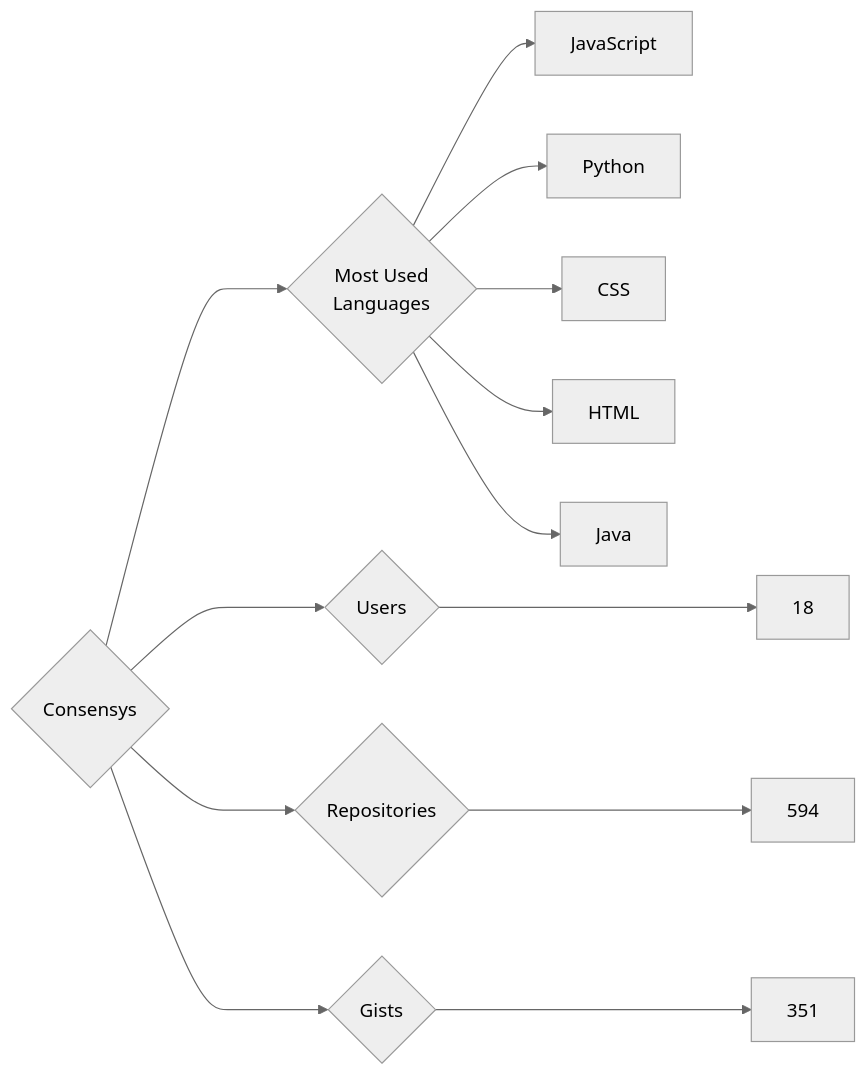
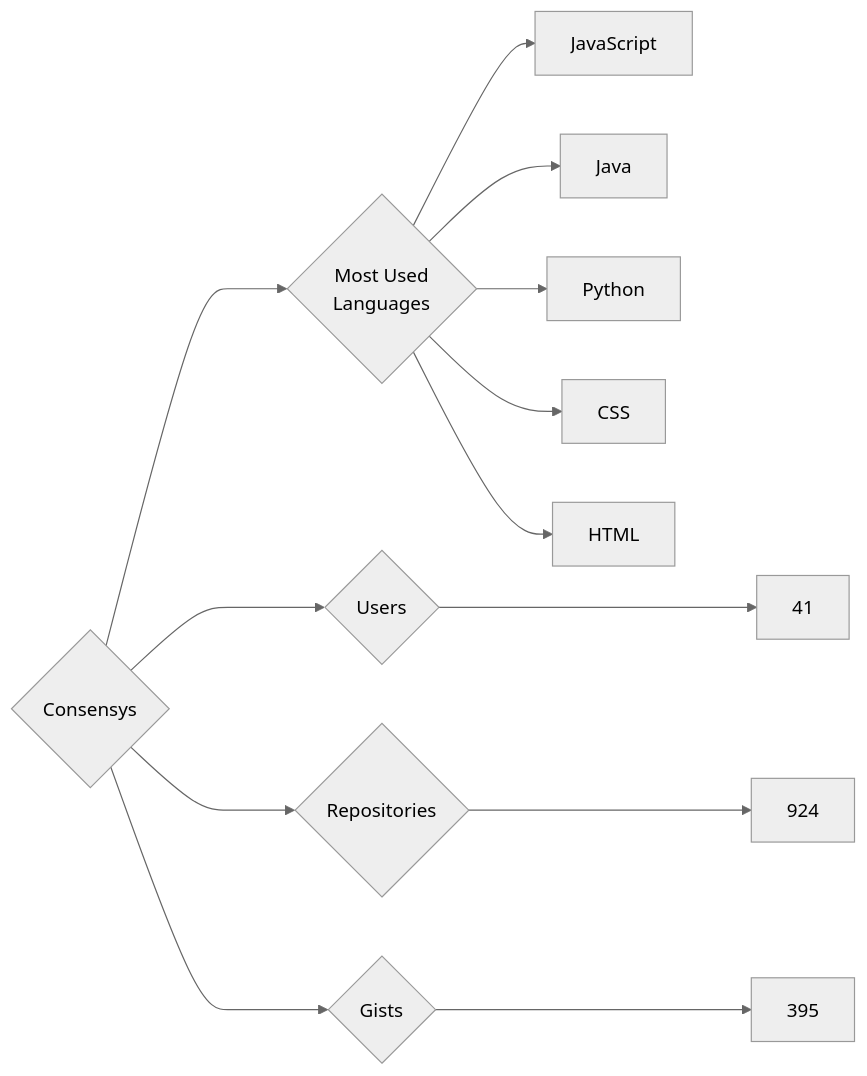
One commit to trickest/insiders changed the diagram in targets/Consensys/README.md. Above: the diagram before and after it, drawn with Mermaid (neutral theme). The commit also changed 682 other files, not shown here.

````diff
--- a/targets/Consensys/README.md
+++ b/targets/Consensys/README.md
@@ -3,13 +3,13 @@
 ```mermaid
 graph LR
 COMPANY_NAME{Consensys}
-COMPANY_NAME ---> U{Users} ---> UN[18]
-COMPANY_NAME ---> R{Repositories} ---> RN[594]
-COMPANY_NAME ---> G{Gists} ---> GN[351]
+COMPANY_NAME ---> U{Users} ---> UN[41]
+COMPANY_NAME ---> R{Repositories} ---> RN[924]
+COMPANY_NAME ---> G{Gists} ---> GN[395]
 COMPANY_NAME ---> ML{Most Used<br>Languages}
 ML --> JavaScript[JavaScript]
+ML --> Java[Java]
 ML --> Python[Python]
 ML --> CSS[CSS]
 ML --> HTML[HTML]
-ML --> Java[Java]
 ```
````
